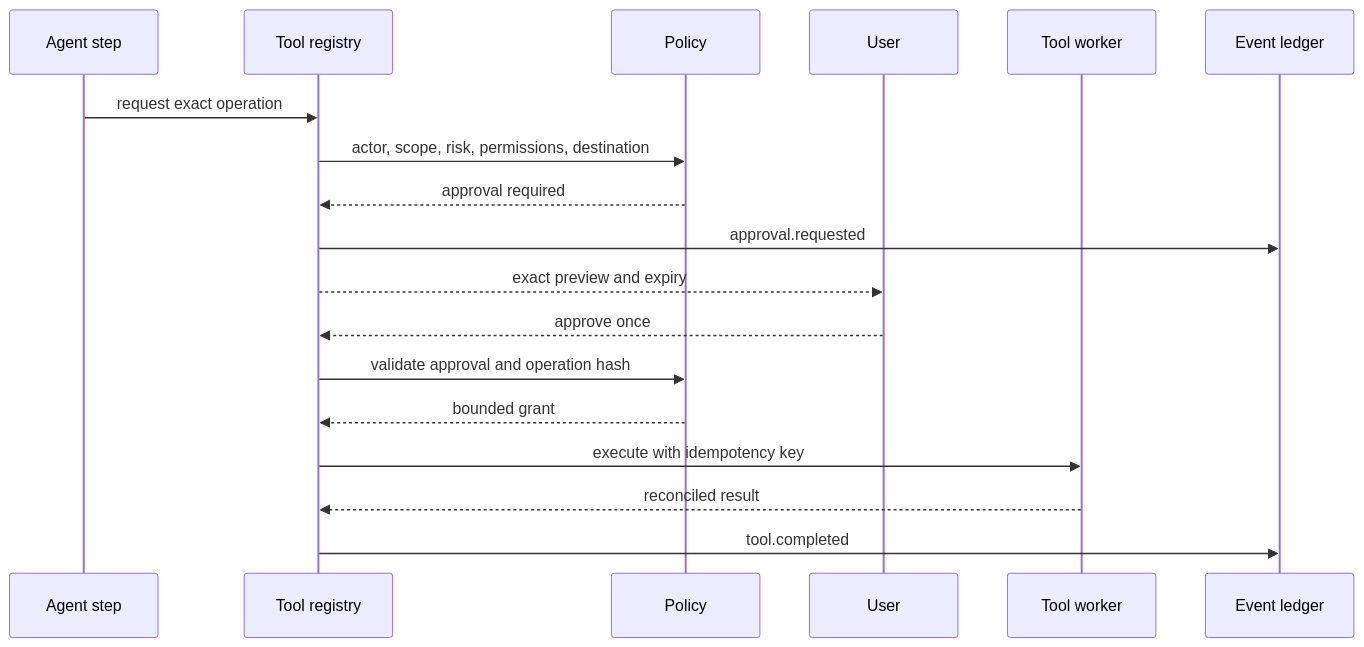
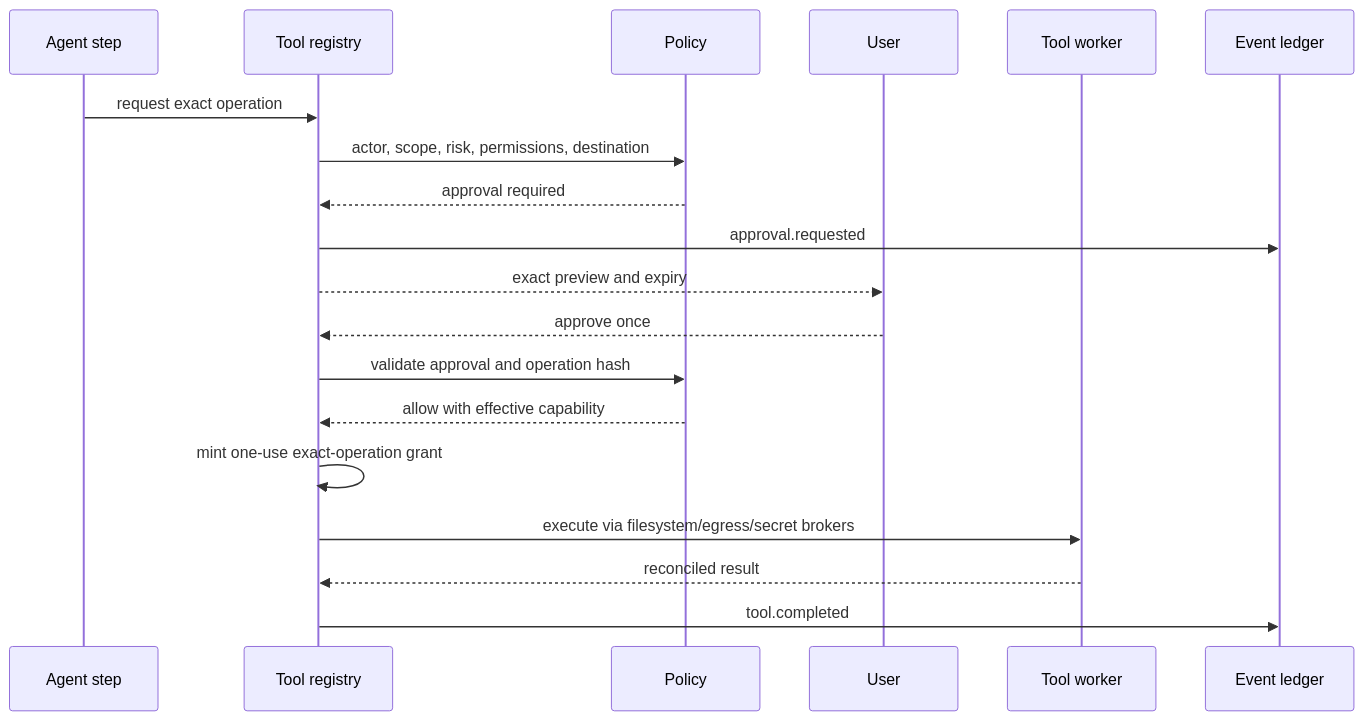
The second of 4 diagrams in docs/architecture/sequence-flows.md (rebel0789/Memory-Recall), drawn with Mermaid before and after one commit. The commit also changed other lines of this file and 69 other files, not shown here.

````diff
--- a/docs/architecture/sequence-flows.md
+++ b/docs/architecture/sequence-flows.md
@@ -25,20 +25,21 @@
 ```mermaid
 sequenceDiagram
   participant A as Agent step
   participant R as Tool registry
   participant P as Policy
   participant U as User
   participant T as Tool worker
   participant E as Event ledger
   A->>R: request exact operation
   R->>P: actor, scope, risk, permissions, destination
   P-->>R: approval required
   R->>E: approval.requested
   R-->>U: exact preview and expiry
   U-->>R: approve once
   R->>P: validate approval and operation hash
-  P-->>R: bounded grant
-  R->>T: execute with idempotency key
+  P-->>R: allow with effective capability
+  R->>R: mint one-use exact-operation grant
+  R->>T: execute via filesystem/egress/secret brokers
   T-->>R: reconciled result
   R->>E: tool.completed
 ```
````
